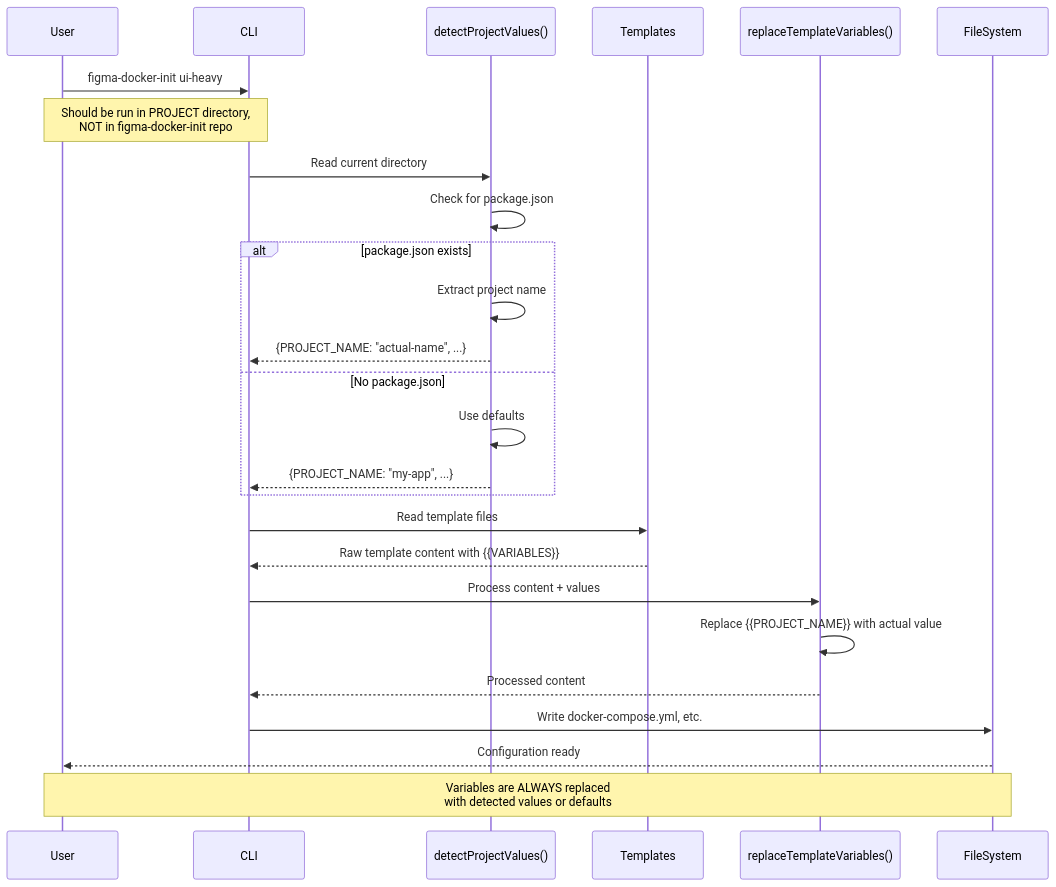
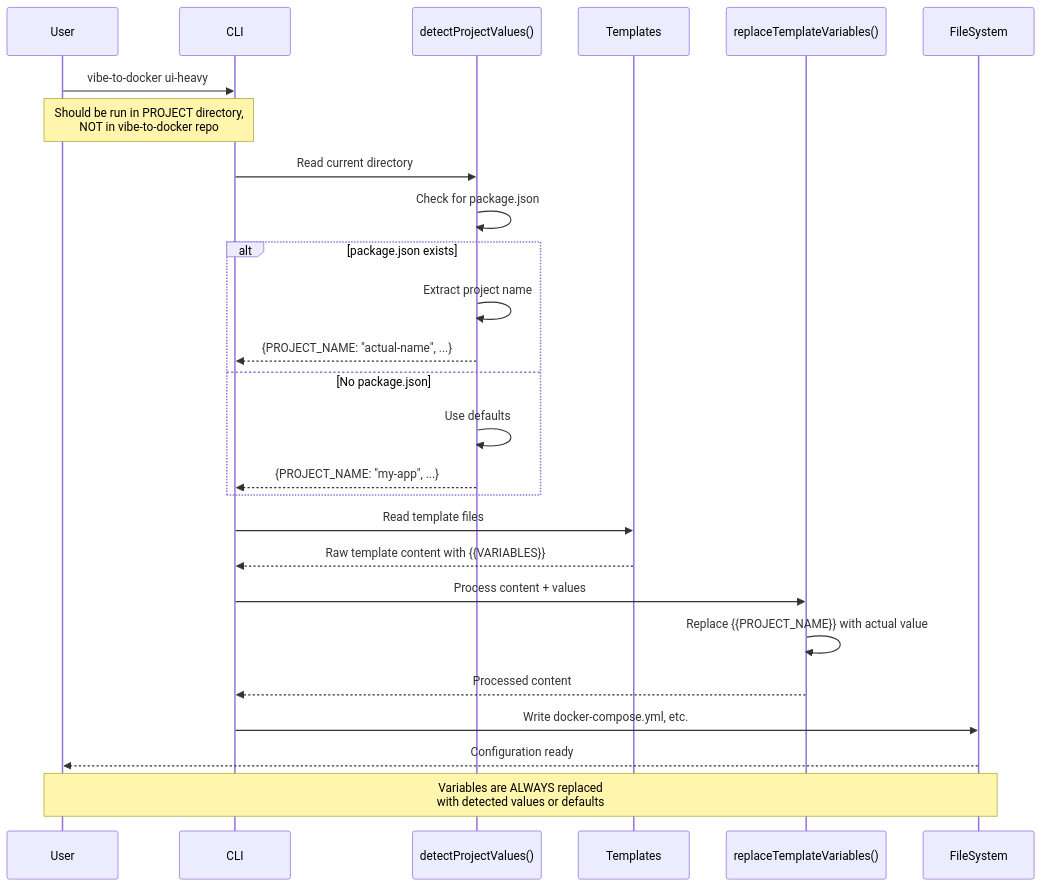
One commit to wrsmith108/figma-docker-init changed the diagram in docs/archive/docker-config-issue-research.md. Above: the diagram before and after it, drawn with Mermaid. The commit also changed other lines of this file and 107 other files, not shown here.

````diff
--- a/docs/archive/docker-config-issue-research.md
+++ b/docs/archive/docker-config-issue-research.md
@@ -65,35 +65,35 @@
 ```mermaid
 sequenceDiagram
     participant User
     participant CLI
     participant Detector as detectProjectValues()
     participant Templates
     participant Replacer as replaceTemplateVariables()
     participant FileSystem
     
-    User->>CLI: figma-docker-init ui-heavy
-    Note over User,CLI: Should be run in PROJECT directory,<br/>NOT in figma-docker-init repo
+    User->>CLI: vibe-to-docker ui-heavy
+    Note over User,CLI: Should be run in PROJECT directory,<br/>NOT in vibe-to-docker repo
     
     CLI->>Detector: Read current directory
     Detector->>Detector: Check for package.json
     
     alt package.json exists
         Detector->>Detector: Extract project name
         Detector-->>CLI: {PROJECT_NAME: "actual-name", ...}
     else No package.json
         Detector->>Detector: Use defaults
         Detector-->>CLI: {PROJECT_NAME: "my-app", ...}
     end
     
     CLI->>Templates: Read template files
     Templates-->>CLI: Raw template content with {{VARIABLES}}
     
     CLI->>Replacer: Process content + values
     Replacer->>Replacer: Replace {{PROJECT_NAME}} with actual value
     Replacer-->>CLI: Processed content
     
     CLI->>FileSystem: Write docker-compose.yml, etc.
     FileSystem-->>User: Configuration ready
     
     Note over User,FileSystem: Variables are ALWAYS replaced<br/>with detected values or defaults
 ```
````
